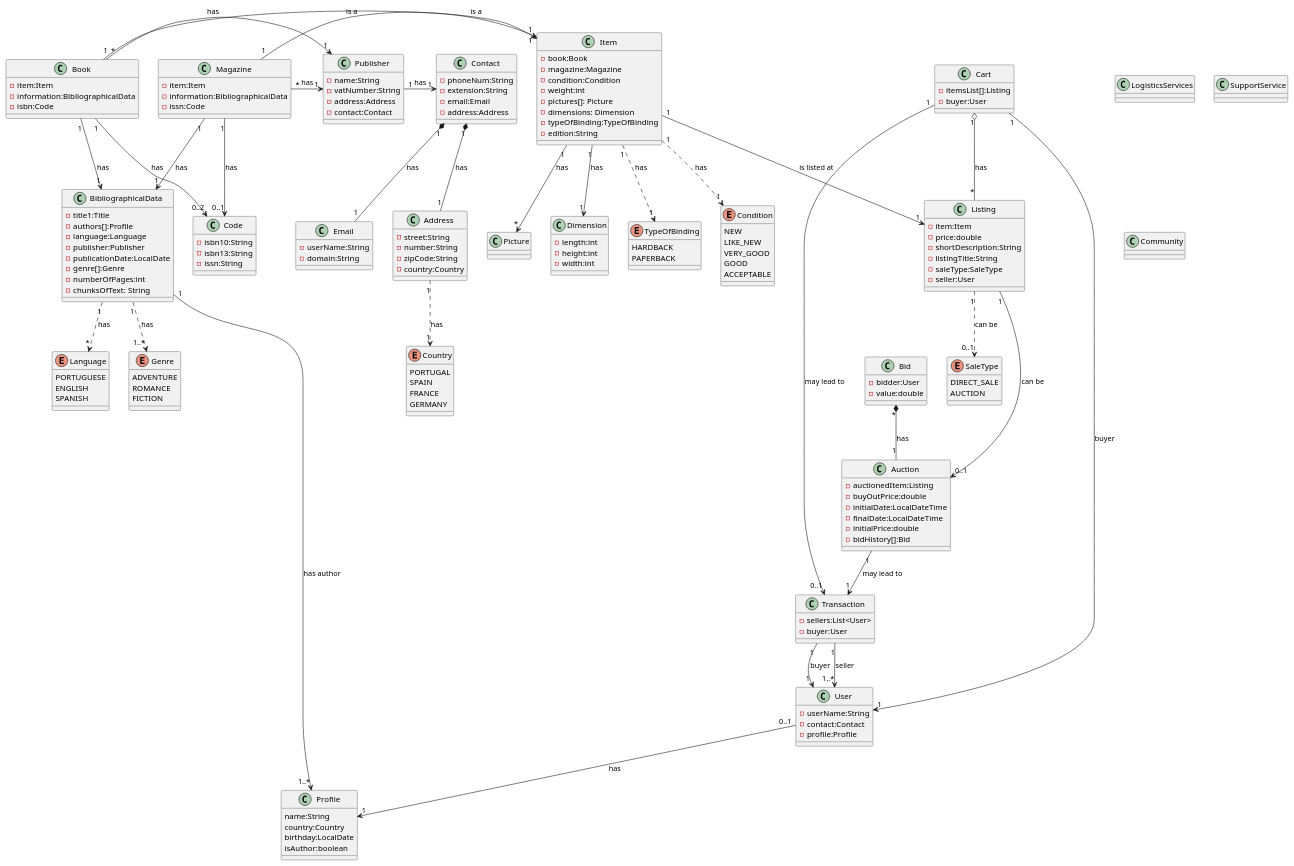
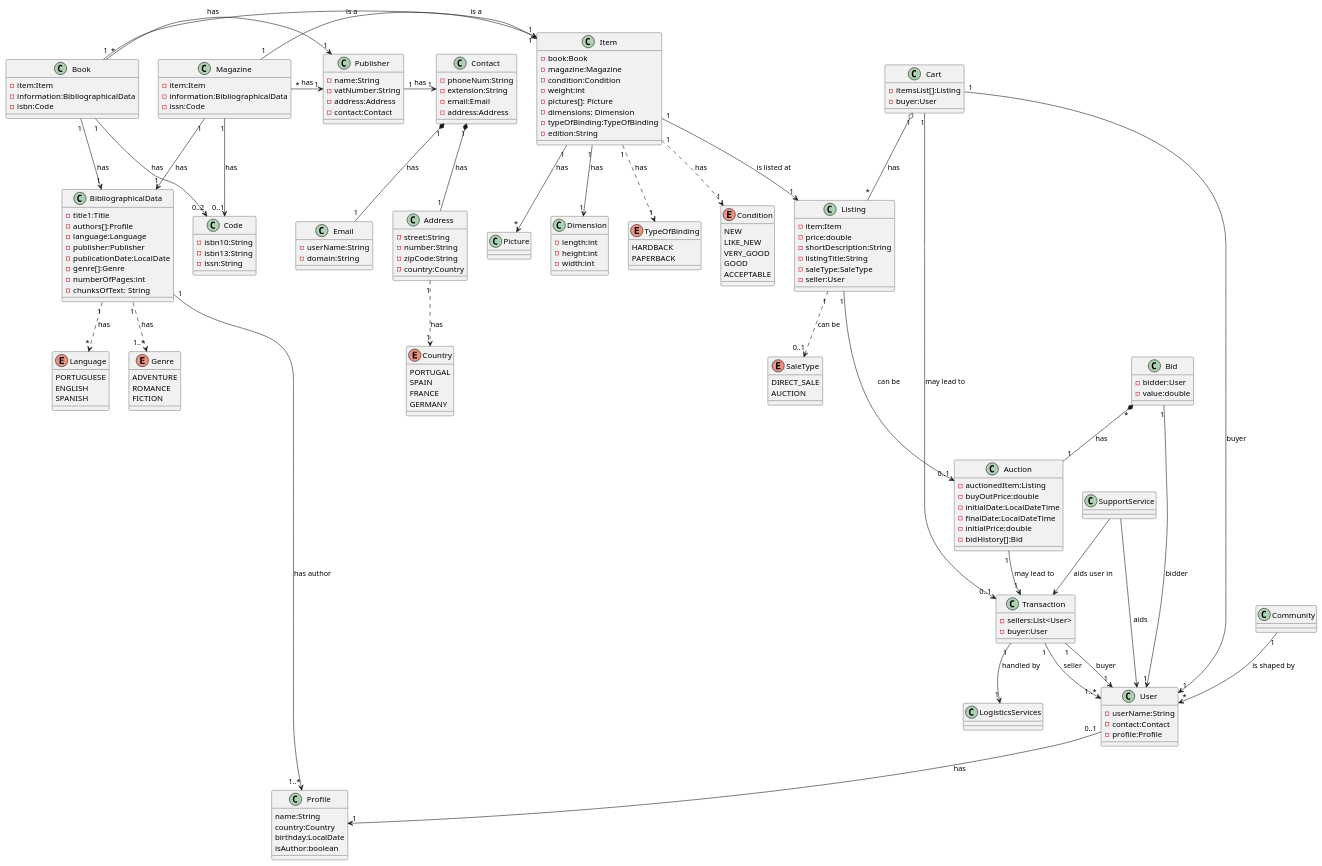
The diagram in DomainModel/DOO.puml (davidmarqq/MainProject_SWitCH), drawn with PlantUML before and after one commit.

Commit message:
some connection fixes

```diff
--- a/DomainModel/DOO.puml
+++ b/DomainModel/DOO.puml
@@ -41,11 +41,13 @@
 /' ========= '/
 Transaction "1" --> "1..*" User : seller
 Transaction "  1" --> "  1" User : buyer
+Transaction "1" --> "1" LogisticsServices : handled by
 
 Auction "1" --> "1" Transaction : may lead to
 
 /' ========= '/
 Bid "*" *-- "1" Auction : has
+Bid "1" --> "1" User : bidder
 
 /' ========= '/
 User "0..1" --> "1" Profile : has
@@ -60,8 +62,13 @@
 /' ========= '/
 Publisher "1" -> "1" Contact : has
 
+
 /' ========= '/
+Community "1" --> "*" User : is shaped by
 
+/' ========= '/
+SupportService --> User : aids
+SupportService --> Transaction : aids user in
 
 
 class Book {
```
